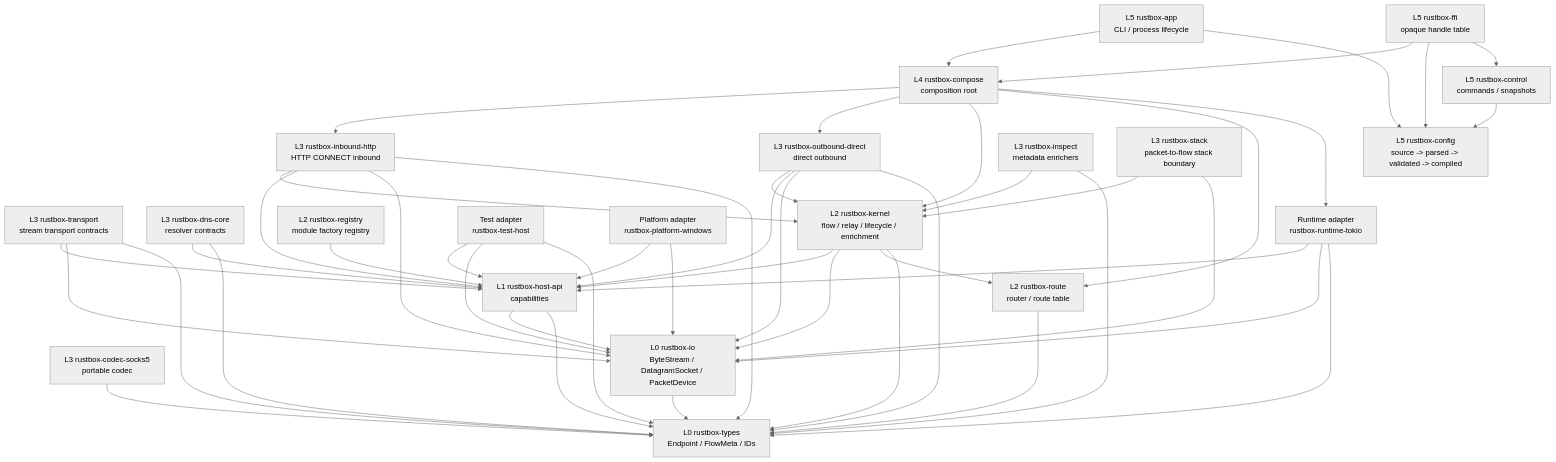
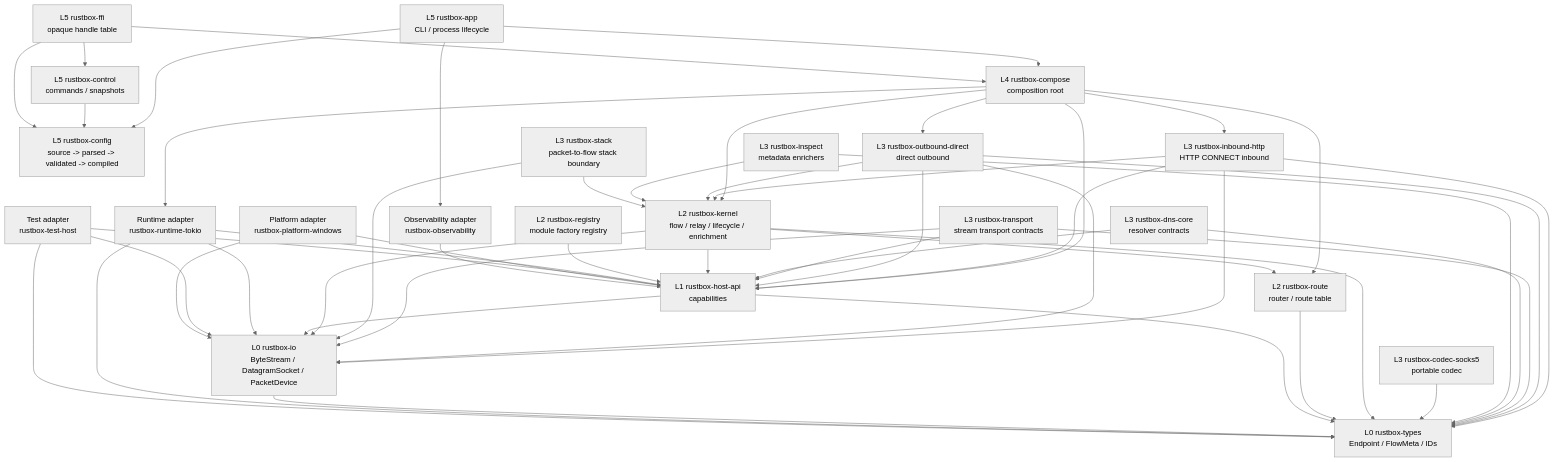
The first of 9 diagrams in docs/current-architecture.md (loafman1120/RustBox), drawn with Mermaid (neutral theme) before and after one commit. The commit also changed other lines of this file and 17 other files, not shown here.

````diff
--- a/docs/current-architecture.md
+++ b/docs/current-architecture.md
@@ -114,8 +119,10 @@
     TOKIO["Runtime adapter\nrustbox-runtime-tokio"]
     TESTHOST["Test adapter\nrustbox-test-host"]
     WINDOWS["Platform adapter\nrustbox-platform-windows"]
+    OBS["Observability adapter\nrustbox-observability"]
 
     APP --> COMPOSE
+    APP --> OBS
     APP --> CONFIG
     CONTROL --> CONFIG
     FFI --> COMPOSE
@@ -126,6 +133,7 @@
     COMPOSE --> DIRECT
     COMPOSE --> KERNEL
     COMPOSE --> ROUTE
+    COMPOSE --> HOSTAPI
     COMPOSE --> TOKIO
 
     HTTP --> KERNEL
@@ -168,4 +176,5 @@
     TESTHOST --> TYPES
     WINDOWS --> HOSTAPI
     WINDOWS --> IO
+    OBS --> HOSTAPI
 ```
````
